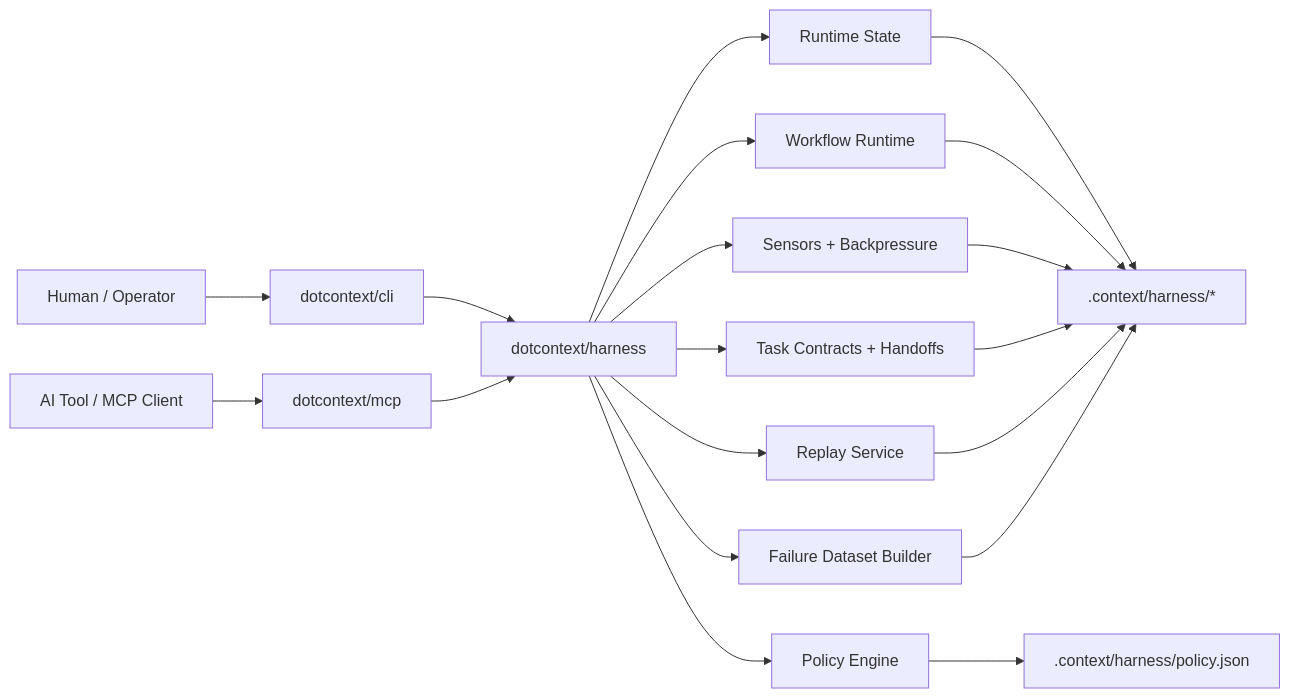
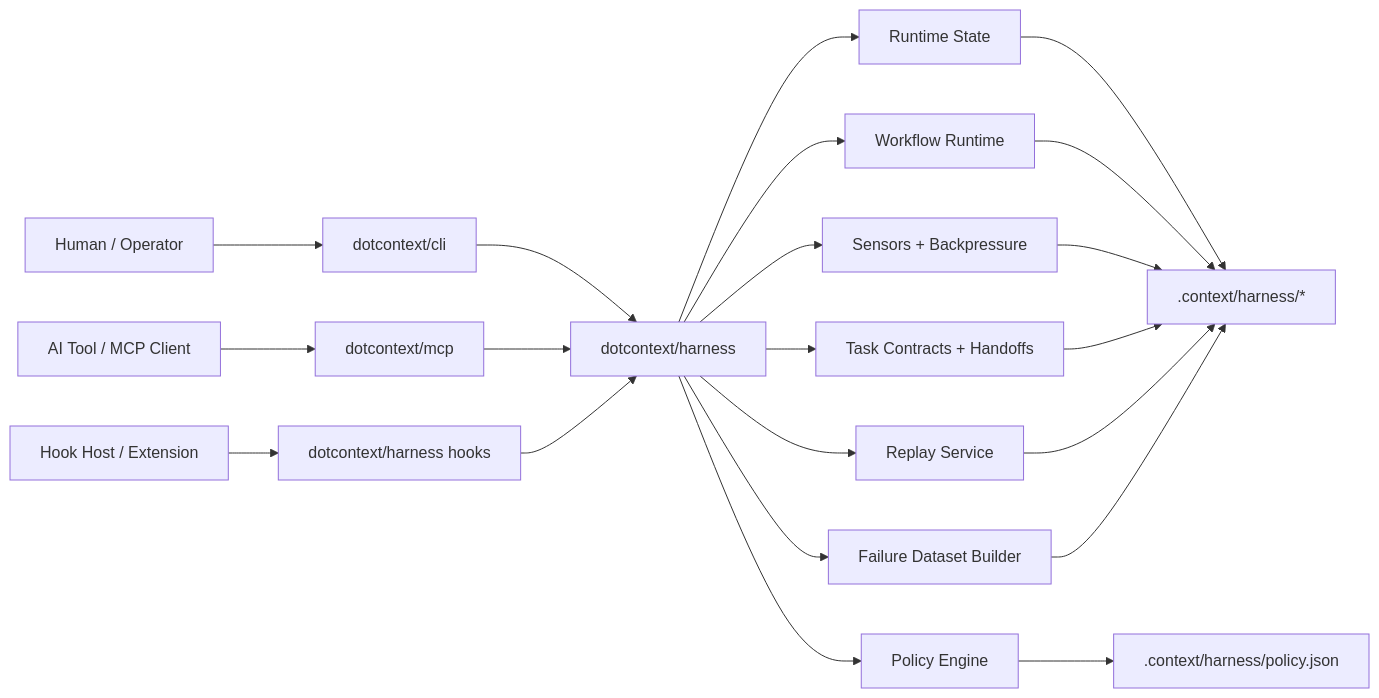
The first of 4 diagrams in ARCHITECTURE.md (vinilana/dotcontext), drawn with Mermaid before and after one commit. The commit also changed other lines of this file and 3 other files, not shown here.

Commit message:
docs(architecture): define service-free source layout

````diff
--- a/ARCHITECTURE.md
+++ b/ARCHITECTURE.md
@@ -13,24 +13,26 @@
 ```mermaid
 flowchart LR
     User["Human / Operator"] --> CLI["dotcontext/cli"]
     AITool["AI Tool / MCP Client"] --> MCP["dotcontext/mcp"]
+    HookHost["Hook Host / Extension"] --> Hooks["dotcontext/harness hooks"]
 
     CLI --> H["dotcontext/harness"]
     MCP --> H
+    Hooks --> H
 
     H --> WF["Workflow Runtime"]
     H --> RS["Runtime State"]
     H --> QC["Sensors + Backpressure"]
     H --> TC["Task Contracts + Handoffs"]
     H --> PO["Policy Engine"]
     H --> RP["Replay Service"]
     H --> DS["Failure Dataset Builder"]
 
     RS --> Store[".context/harness/*"]
     WF --> Store
     QC --> Store
     TC --> Store
     RP --> Store
     DS --> Store
     PO --> Policy[".context/harness/policy.json"]
 ```
````
